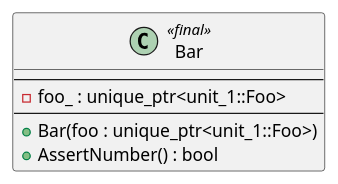
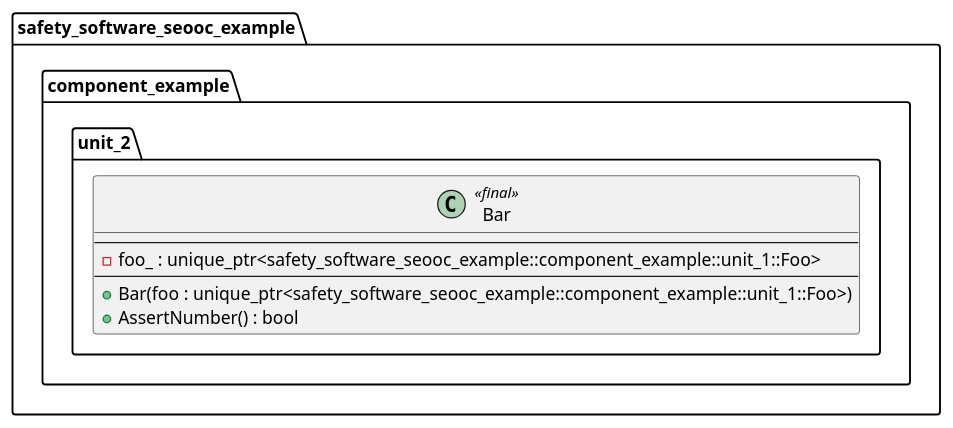
One commit to eclipse-score/tooling changed the diagram in bazel/rules/rules_score/examples/seooc/unit_2/docs/unit_2_class_diagram.puml. Above: the diagram before and after it, drawn with PlantUML. The commit also changed 55 other files, not shown here.

Commit message:
add architectural unit

```diff
--- a/bazel/rules/rules_score/examples/seooc/unit_2/docs/unit_2_class_diagram.puml
+++ b/bazel/rules/rules_score/examples/seooc/unit_2/docs/unit_2_class_diagram.puml
@@ -14,14 +14,19 @@
 @startuml unit_2_class_diagram
 
-' Detail of `Bar`. No namespace: the declaration matches the bodyless `Bar` of
-' unit_2_overview.puml (name, element type and stereotype) and is anchored onto
-' `unit_2`.
-class Bar <<final>> {
-    --
-    - foo_ : unique_ptr<unit_1::Foo>
-    --
-    + Bar(foo : unique_ptr<unit_1::Foo>)
-    + AssertNumber() : bool
+' Detail of Bar; Foo and the uses relationship are declared in
+' unit_2_overview.puml.
+namespace safety_software_seooc_example {
+    namespace component_example {
+        namespace unit_2 {
+            class Bar <<final>> {
+                --
+                - foo_ : unique_ptr<safety_software_seooc_example::component_example::unit_1::Foo>
+                --
+                + Bar(foo : unique_ptr<safety_software_seooc_example::component_example::unit_1::Foo>)
+                + AssertNumber() : bool
+            }
+        }
+    }
 }
 
 @enduml
```
